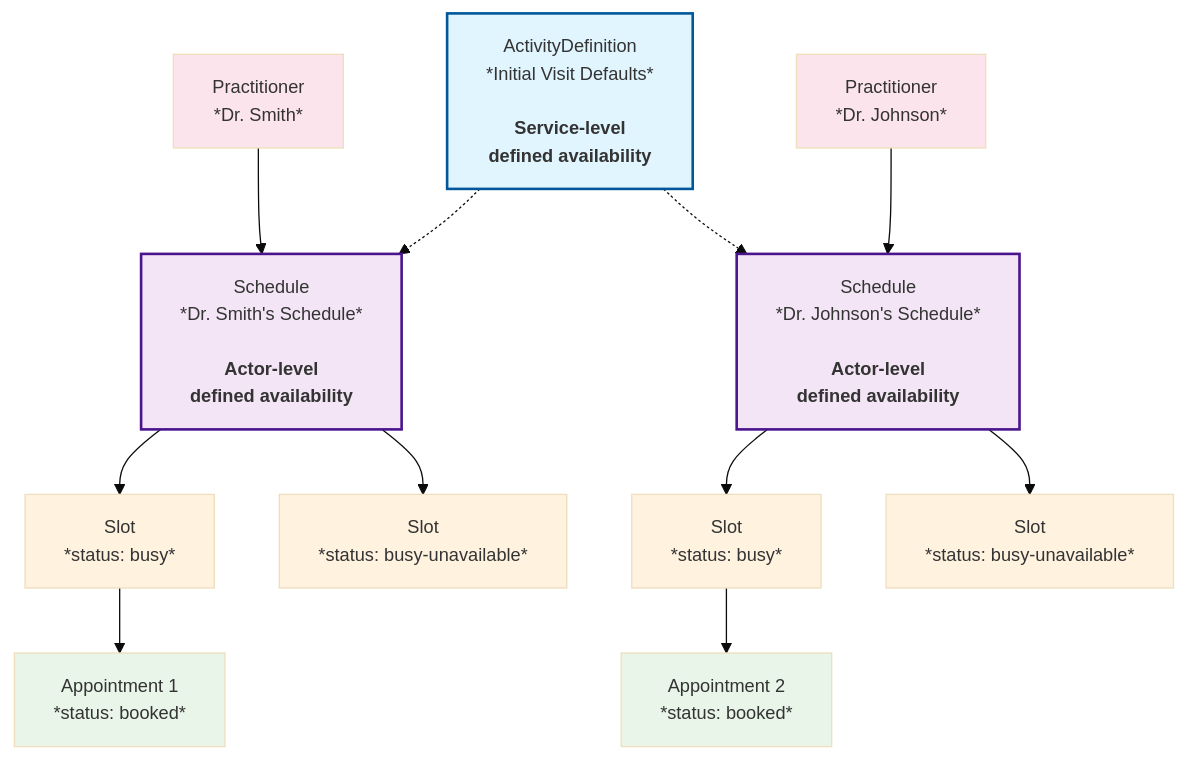
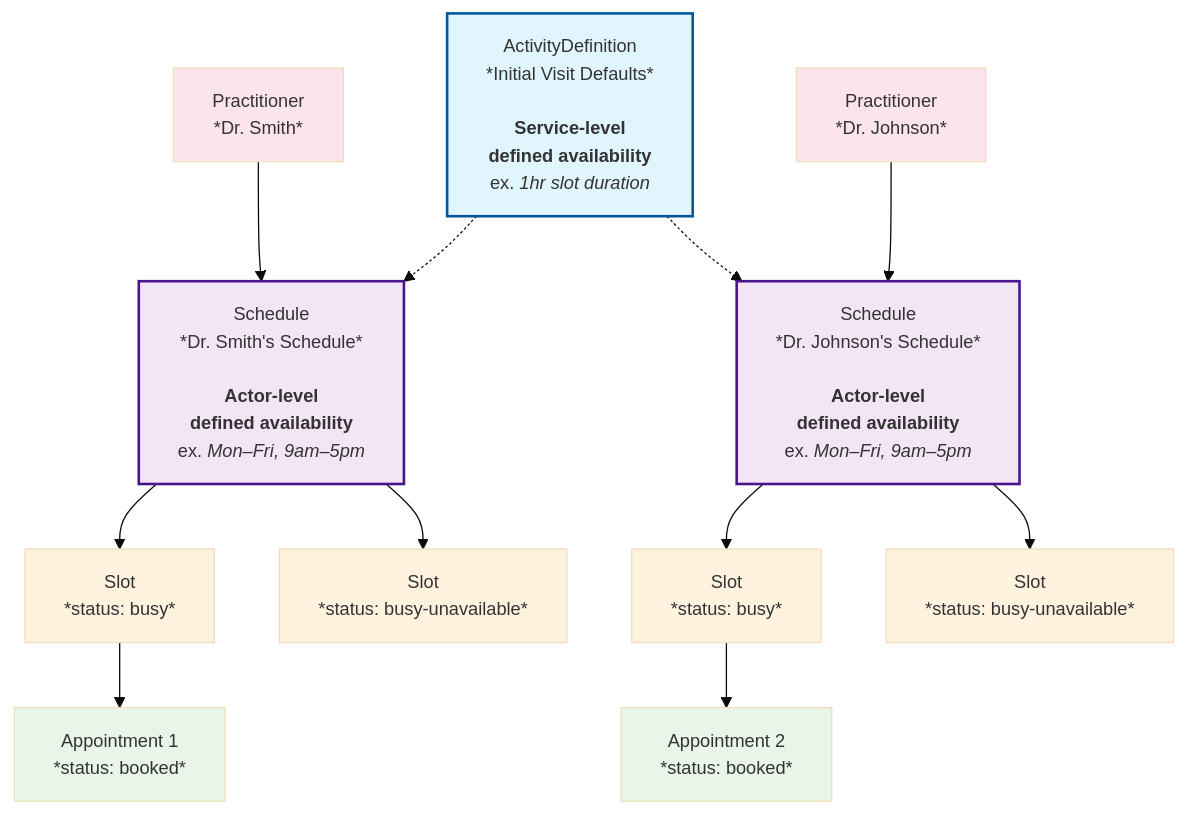
Before and after one commit to medplum/medplum: the first of 5 diagrams in packages/docs/docs/scheduling/defining-availability.md, drawn with Mermaid. The commit also changed other lines of this file and 5 other files, not shown here.

````diff
--- a/packages/docs/docs/scheduling/defining-availability.md
+++ b/packages/docs/docs/scheduling/defining-availability.md
@@ -55,28 +14,28 @@
 ```mermaid
 %%{init: {'theme':'base', 'themeVariables': {'fontSize':'14px'}, 'flowchart': {'useMaxWidth': false, 'htmlLabels': true}}}%%
 graph TD
     C1[Practitioner<br/>*Dr. Smith*] --> B1
-    A[ActivityDefinition<br/>*Initial Visit Defaults*<br/><br/><b>Service-level<br/>defined availability</b>] -.-> B1[Schedule<br/>*Dr. Smith's Schedule*<br/><br/><b>Actor-level<br/>defined availability</b>]
-    A -.-> B2[Schedule<br/>*Dr. Johnson's Schedule*<br/><br/><b>Actor-level<br/>defined availability</b>]
+    A[ActivityDefinition<br/>*Initial Visit Defaults*<br/><br/><b>Service-level<br/>defined availability</b><br/>ex. <i>1hr slot duration</i>] -.-> B1[Schedule<br/>*Dr. Smith's Schedule*<br/><br/><b>Actor-level<br/>defined availability</b><br/>ex. <i>Mon–Fri, 9am–5pm</i>]
+    A -.-> B2[Schedule<br/>*Dr. Johnson's Schedule*<br/><br/><b>Actor-level<br/>defined availability</b><br/>ex. <i>Mon–Fri, 9am–5pm</i>]
     C2[Practitioner<br/>*Dr. Johnson*] --> B2
 
     B1 --> D1[Slot<br/>*status: busy*]
     B1 --> D2[Slot<br/>*status: busy-unavailable*]
     B2 --> D3[Slot<br/>*status: busy*]
     B2 --> D4[Slot<br/>*status: busy-unavailable*]
 
     D1 --> E1[Appointment 1<br/>*status: booked*]
     D3 --> E2[Appointment 2<br/>*status: booked*]
 
     style A fill:#e1f5fe,stroke:#01579b,stroke-width:2px
     style B1 fill:#f3e5f5,stroke:#4a148c,stroke-width:2px
     style B2 fill:#f3e5f5,stroke:#4a148c,stroke-width:2px
     style C1 fill:#fce4ec
     style C2 fill:#fce4ec
     style D1 fill:#fff3e0
     style D2 fill:#fff3e0
     style D3 fill:#fff3e0
     style D4 fill:#fff3e0
     style E1 fill:#e8f5e8
     style E2 fill:#e8f5e8
 ```
````
